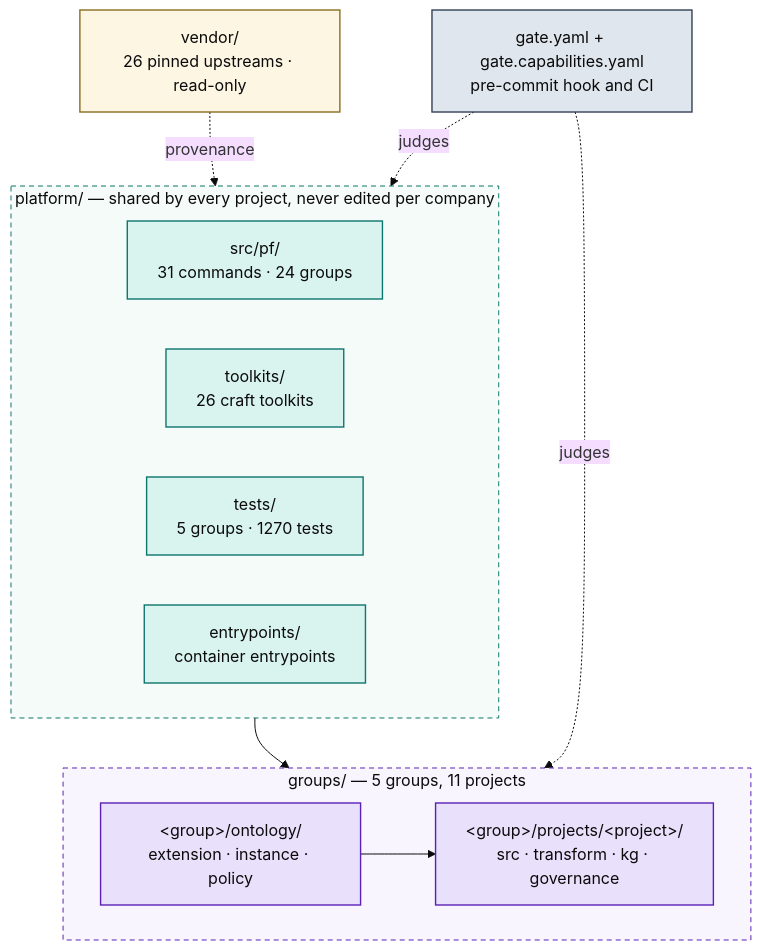
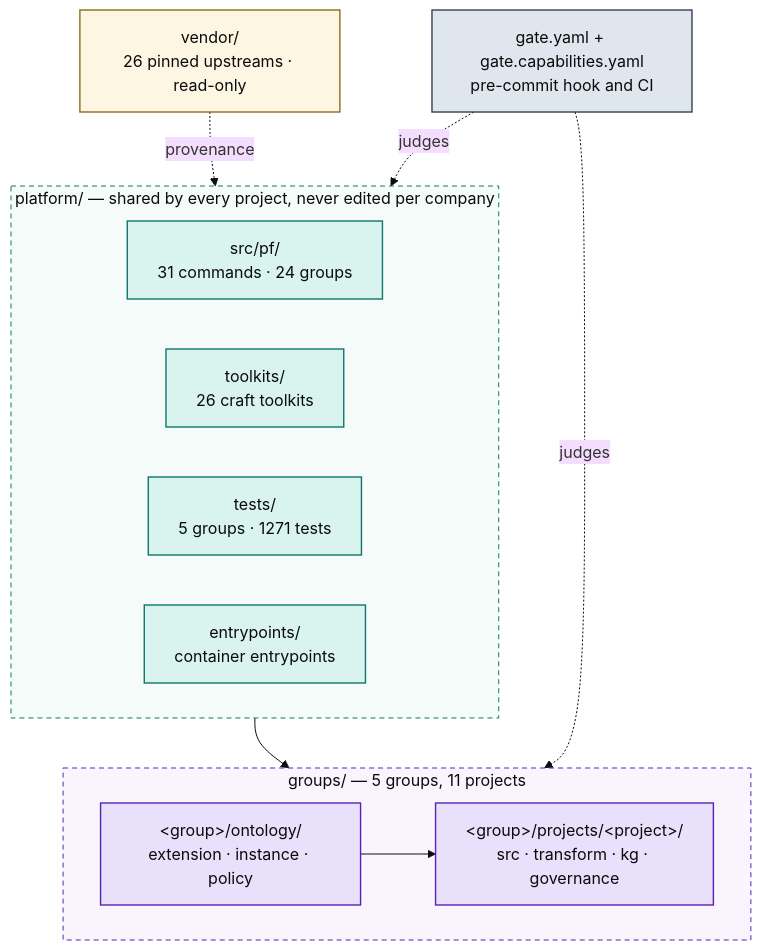
The first of 5 diagrams in docs/ARCHITECTURE.md (Atomz-org/data-platform), drawn with Mermaid (base theme) before and after one commit. The commit also changed other lines of this file and 5 other files, not shown here.

````diff
--- a/docs/ARCHITECTURE.md
+++ b/docs/ARCHITECTURE.md
@@ -15,36 +15,36 @@
 ```mermaid
 flowchart TB
   subgraph SHARED["platform/ — shared by every project, never edited per company"]
     direction LR
     ENG["src/pf/<br/>31 commands · 24 groups"]
     TK["toolkits/<br/>26 craft toolkits"]
-    TST["tests/<br/>5 groups · 1270 tests"]
+    TST["tests/<br/>5 groups · 1271 tests"]
     ENT["entrypoints/<br/>container entrypoints"]
   end
 
   subgraph ENTITIES["groups/ — 5 groups, 11 projects"]
     direction LR
     GRP["&lt;group&gt;/ontology/<br/>extension · instance · policy"]
     PRJ["&lt;group&gt;/projects/&lt;project&gt;/<br/>src · transform · kg · governance"]
     GRP --> PRJ
   end
 
   VEN["vendor/<br/>26 pinned upstreams · read-only"]
   GATE["gate.yaml + gate.capabilities.yaml<br/>pre-commit hook and CI"]
 
   SHARED --> ENTITIES
   VEN -.provenance.-> SHARED
   GATE -.judges.-> ENTITIES
   GATE -.judges.-> SHARED
 
   classDef code fill:#d9f4ee,stroke:#0f766e,stroke-width:1.4px,color:#0b0b0b
   classDef data fill:#e9e1fb,stroke:#5b21b6,stroke-width:1.4px,color:#0b0b0b
   classDef gov fill:#e0e6ed,stroke:#334155,stroke-width:1.4px,color:#0b0b0b
   classDef ext fill:#fdf6e3,stroke:#8a6d1f,stroke-width:1.4px,color:#0b0b0b
   class ENG,TK,TST,ENT code
   class GRP,PRJ data
   class GATE gov
   class VEN ext
   style SHARED fill:#f4fbf9,stroke:#0f766e,stroke-dasharray:5 4,color:#0b0b0b
   style ENTITIES fill:#f8f5fe,stroke:#5b21b6,stroke-dasharray:5 4,color:#0b0b0b
 ```
````
